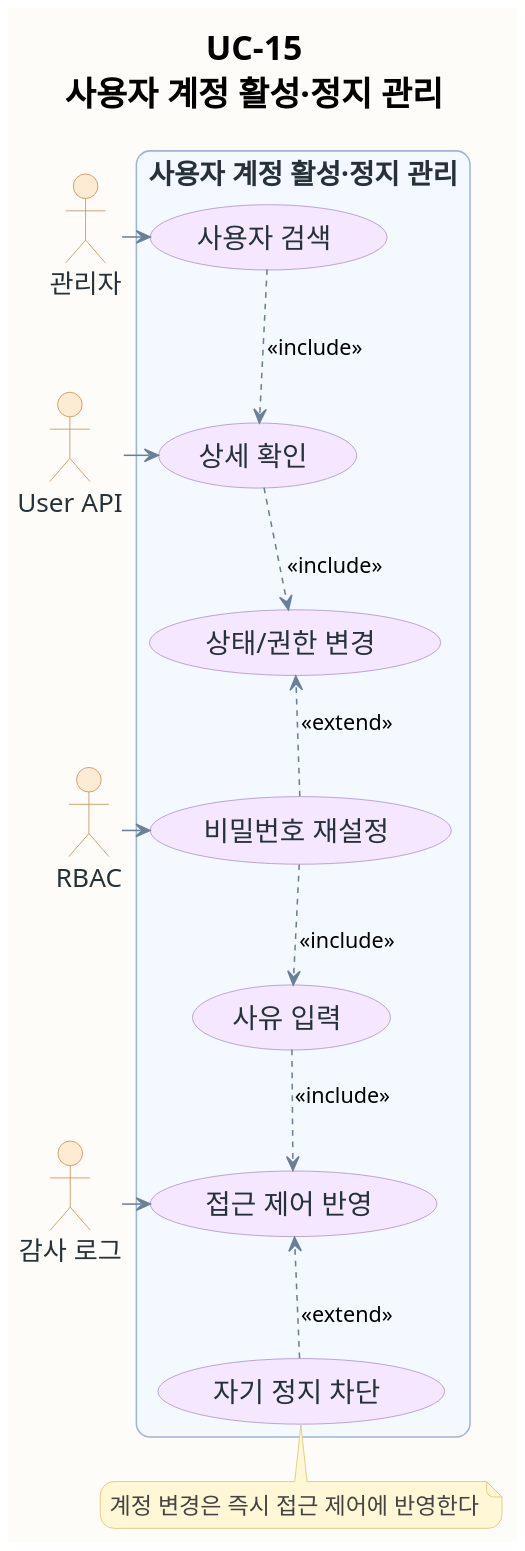
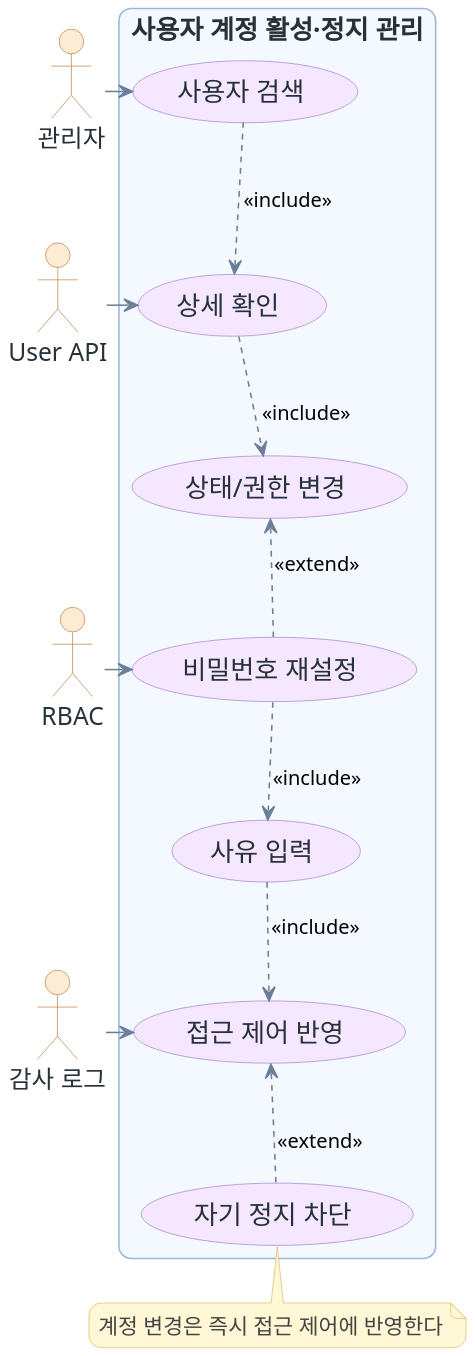
Before and after one commit to ricky30825-creator/BMS: the diagram in assets/diagrams/usecase/uc-15-usecase.puml, drawn with PlantUML. The commit also changed 32 other files, not shown here.

```diff
--- a/assets/diagrams/usecase/uc-15-usecase.puml
+++ b/assets/diagrams/usecase/uc-15-usecase.puml
@@ -1,73 +1,71 @@
 @startuml
 !pragma layout smetana
-skinparam backgroundColor #FEFCF8
+skinparam backgroundColor transparent
 skinparam shadowing false
 skinparam dpi 180
 skinparam defaultFontName "AppleGothic"
-skinparam defaultFontSize 18
-skinparam TitleFontSize 22
-skinparam ActorFontSize 17
-skinparam UsecaseFontSize 18
-skinparam NoteFontSize 15
-skinparam ArrowFontSize 14
-skinparam roundcorner 18
+skinparam defaultFontSize 17
+skinparam ActorFontSize 16
+skinparam UsecaseFontSize 17
+skinparam NoteFontSize 14
+skinparam ArrowFontSize 13
+skinparam roundcorner 16
 skinparam usecase {
   BackgroundColor #F8FAFC
   BorderColor #8EA7C2
   ArrowColor #6B7F99
   FontColor #263238
 }
 skinparam actor {
   BackgroundColor #FDEBD3
   BorderColor #C58A50
   FontColor #263238
 }
 skinparam rectangle {
   BackgroundColor #F4F8FF
   BorderColor #9BB6D6
   FontColor #263238
 }
 skinparam note {
   BackgroundColor #FFF7D6
   BorderColor #D9C36A
   FontColor #444444
 }
 top to bottom direction
 skinparam usecase {
   BackgroundColor #F4E7FF
   BorderColor #AA8DCC
 }
-title UC-15\n사용자 계정 활성·정지 관리
 actor "관리자" as A
 actor "User API" as S1
 actor "RBAC" as S2
 actor "감사 로그" as S3
 rectangle "사용자 계정 활성·정지 관리" {
   usecase "사용자 검색" as U1
   usecase "상세 확인" as U2
   usecase "상태/권한 변경" as U3
   usecase "비밀번호 재설정" as U4
   usecase "사유 입력" as U5
   usecase "접근 제어 반영" as U6
   usecase "자기 정지 차단" as U7
 }
 U1 -[hidden]down- U2
 U2 -[hidden]down- U3
 U3 -[hidden]down- U4
 U4 -[hidden]down- U5
 U5 -[hidden]down- U6
 U6 -[hidden]down- U7
 A -right-> U1
 S1 -left-> U2
 S2 -left-> U4
 S3 -left-> U6
 U1 ..> U2 : <<include>>
 U2 ..> U3 : <<include>>
 U4 ..> U3 : <<extend>>
 U4 ..> U5 : <<include>>
 U5 ..> U6 : <<include>>
 U7 ..> U6 : <<extend>>
 note bottom of U7
 계정 변경은 즉시 접근 제어에 반영한다
 end note
 @enduml
```
